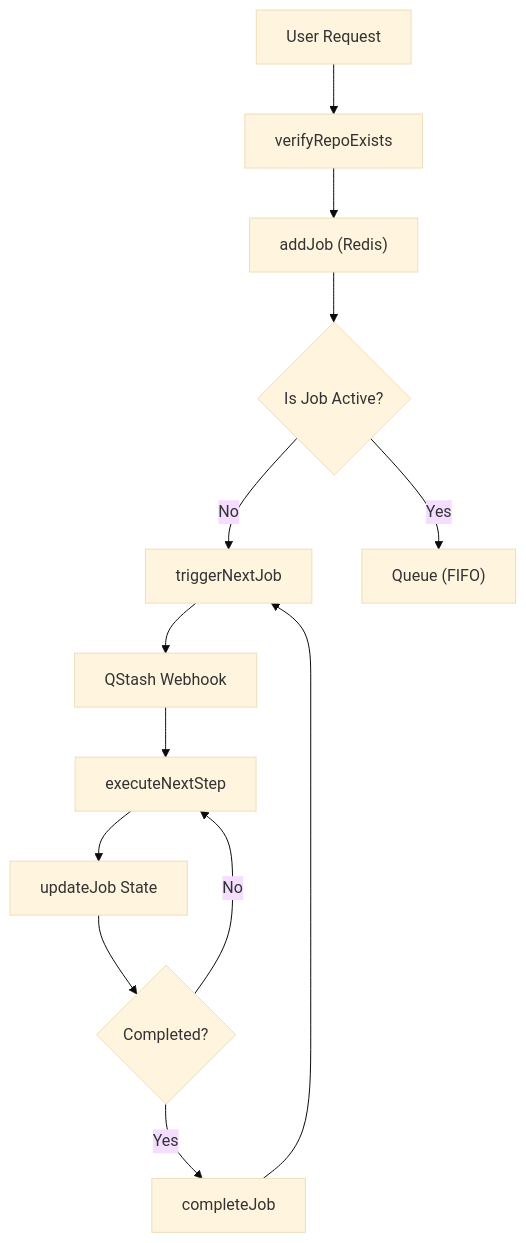
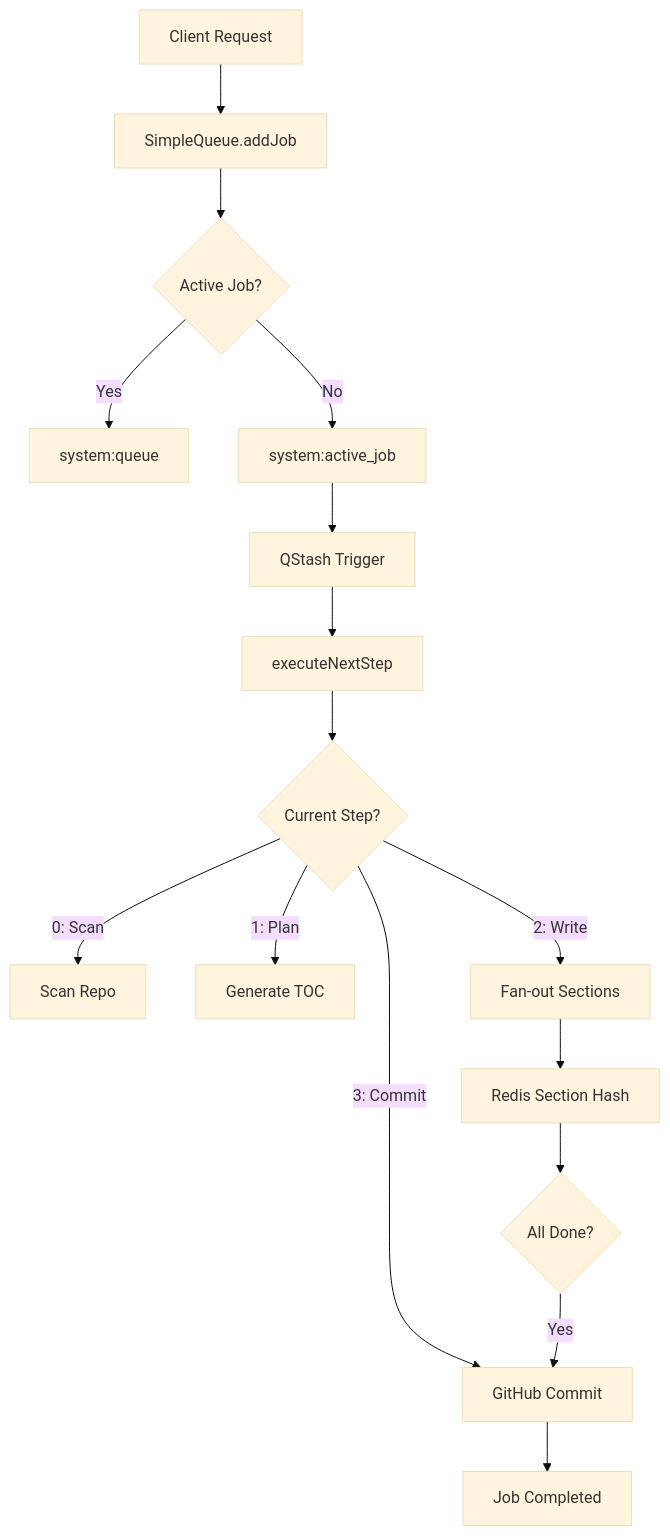
One commit to shinymacktest/gitdex-docs changed the diagram in docs/shinymack/gitdex/2.2_task-queue-orchestration.mdx. Above: the diagram before and after it, drawn with Mermaid (base theme). The commit also changed other lines of this file and 14 other files, not shown here.

````diff
--- a/docs/shinymack/gitdex/2.2_task-queue-orchestration.mdx
+++ b/docs/shinymack/gitdex/2.2_task-queue-orchestration.mdx
@@ -29,15 +32,18 @@
 ```mermaid
 graph TD
-    A["User Request"] --> B["verifyRepoExists"]
-    B --> C["addJob (Redis)"]
-    C --> D{"Is Job Active?"}
-    D -- "No" --> E["triggerNextJob"]
-    D -- "Yes" --> F["Queue (FIFO)"]
-    E --> G["QStash Webhook"]
-    G --> H["executeNextStep"]
-    H --> I["updateJob State"]
-    I --> J{"Completed?"}
-    J -- "No" --> H
-    J -- "Yes" --> K["completeJob"]
-    K --> E
+    A["Client Request"] --> B["SimpleQueue.addJob"]
+    B --> C{"Active Job?"}
+    C -- "Yes" --> D["system:queue"]
+    C -- "No" --> E["system:active_job"]
+    E --> F["QStash Trigger"]
+    F --> G["executeNextStep"]
+    G --> H{"Current Step?"}
+    H -- "0: Scan" --> I["Scan Repo"]
+    H -- "1: Plan" --> J["Generate TOC"]
+    H -- "2: Write" --> K["Fan-out Sections"]
+    H -- "3: Commit" --> L["GitHub Commit"]
+    K --> M["Redis Section Hash"]
+    M --> N{"All Done?"}
+    N -- "Yes" --> L
+    L --> O["Job Completed"]
 ```
````
